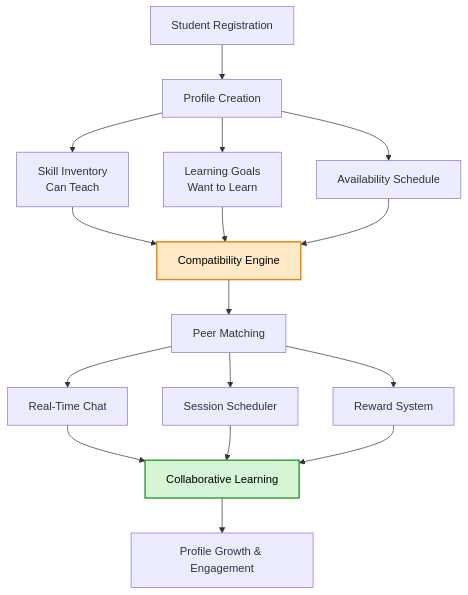
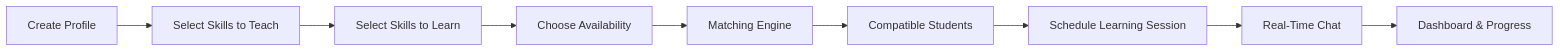
One commit to RiddhiGopalani/SkillSwap changed the diagram in README.md. Above: the diagram before and after it, drawn with Mermaid. The commit also changed other lines of this file, not shown here.

````diff
--- a/README.md
+++ b/README.md
@@ -79,31 +64,20 @@
 ```mermaid
-flowchart TD
+flowchart LR
 
-A["Student Registration"] --> B["Profile Creation"]
+A[Create Profile]
+--> B[Select Skills to Teach]
 
-B --> C["Skill Inventory<br/>Can Teach"]
-B --> D["Learning Goals<br/>Want to Learn"]
-B --> E["Availability Schedule"]
+B --> C[Select Skills to Learn]
 
-C --> F["Compatibility Engine"]
-D --> F
-E --> F
+C --> D[Choose Availability]
 
-F --> G["Peer Matching"]
+D --> E[Matching Engine]
 
-G --> H["Real-Time Chat"]
-G --> I["Session Scheduler"]
-G --> J["Reward System"]
+E --> F[Compatible Students]
 
-H --> K["Collaborative Learning"]
-I --> K
-J --> K
+F --> G[Schedule Learning Session]
 
-K --> L["Profile Growth & Engagement"]
+G --> H[Real-Time Chat]
 
-classDef innovation fill:#ffe9c7,stroke:#e8830c,stroke-width:2px,color:#000;
-classDef success fill:#d6f5d6,stroke:#2a9d2a,stroke-width:2px,color:#000;
-
-class F innovation;
-class K success;
+H --> I[Dashboard & Progress]
 ```
````
